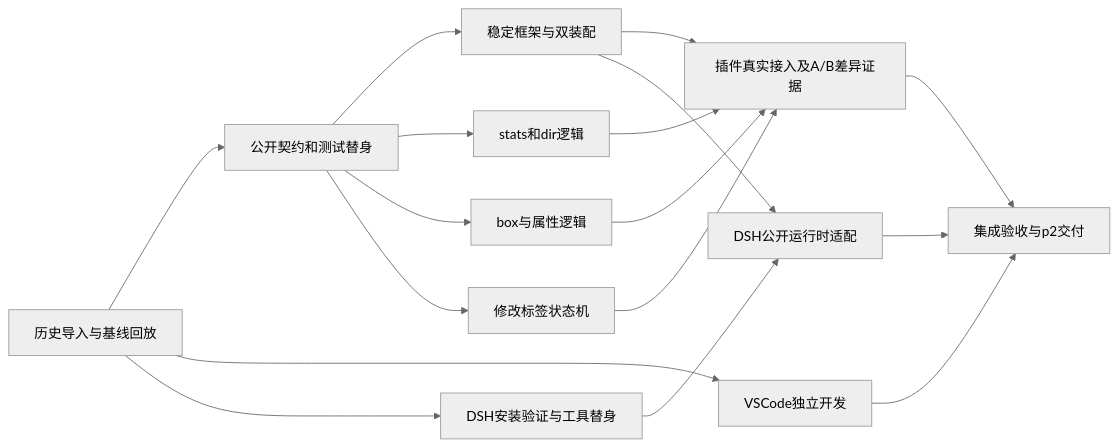
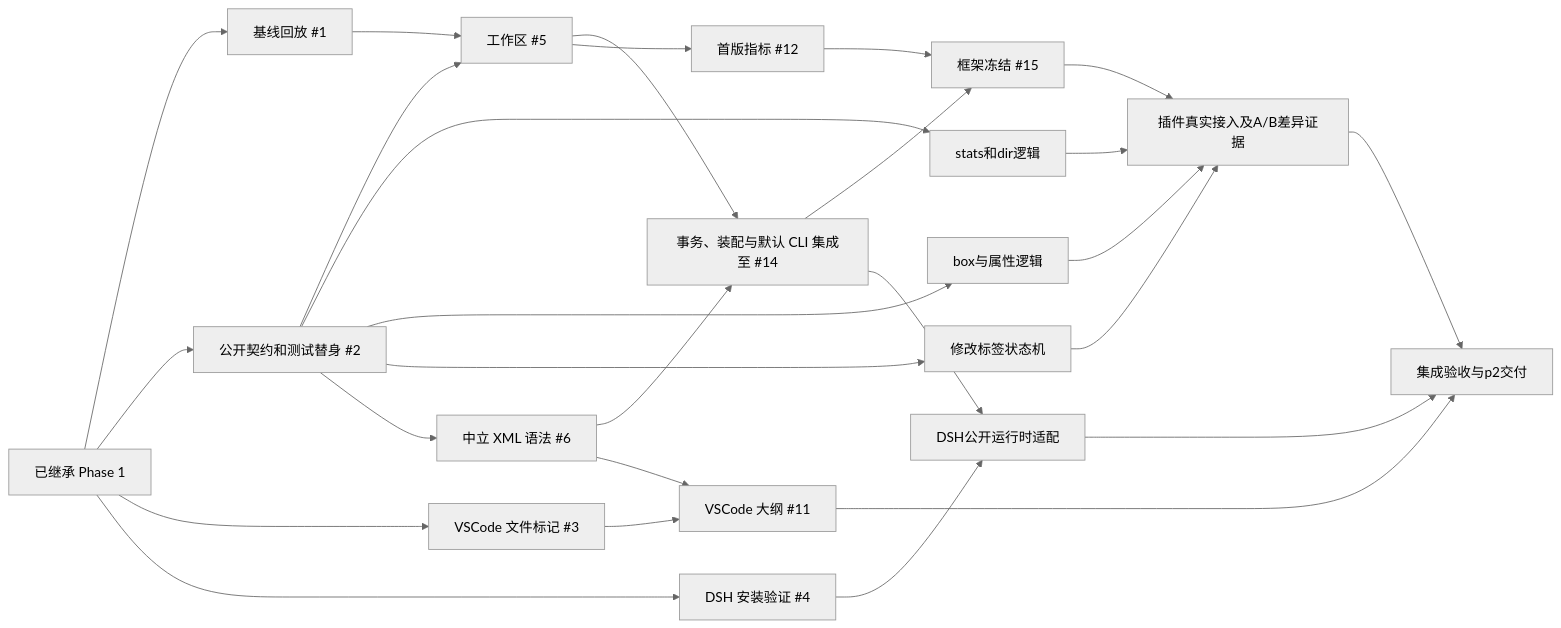
Before and after one commit to zero0307/svg-editor-platform: the diagram in doc/roadmap.md, drawn with Mermaid (neutral theme). The commit also changed other lines of this file and 3 other files, not shown here.

````diff
--- a/doc/roadmap.md
+++ b/doc/roadmap.md
@@ -61,19 +61,29 @@
 ```mermaid
 flowchart LR
-  M0[历史导入与基线回放] --> M1[公开契约和测试替身]
-  M1 --> M2[稳定框架与双装配]
+  M0[已继承 Phase 1] --> B0[基线回放 #1]
+  M0 --> M1[公开契约和测试替身 #2]
+  B0 --> W[工作区 #5]
+  M1 --> W
+  W --> R[事务、装配与默认 CLI 集成至 #14]
+  R --> M2[框架冻结 #15]
+  W --> Q[首版指标 #12]
+  Q --> M2
   M1 --> C[stats和dir逻辑]
   M1 --> B[box与属性逻辑]
   M1 --> T[修改标签状态机]
-  M0 --> V[VSCode独立开发]
-  M0 --> D[DSH安装验证与工具替身]
+  M0 --> V[VSCode 文件标记 #3]
+  M1 --> X[中立 XML 语法 #6]
+  X --> R
+  V --> VO[VSCode 大纲 #11]
+  X --> VO
+  M0 --> D[DSH 安装验证 #4]
   M2 --> I[插件真实接入及A/B差异证据]
   C --> I
   B --> I
   T --> I
   D --> DI[DSH公开运行时适配]
-  M2 --> DI
+  R --> DI
   I --> F[集成验收与p2交付]
-  V --> F
+  VO --> F
   DI --> F
 ```
````
